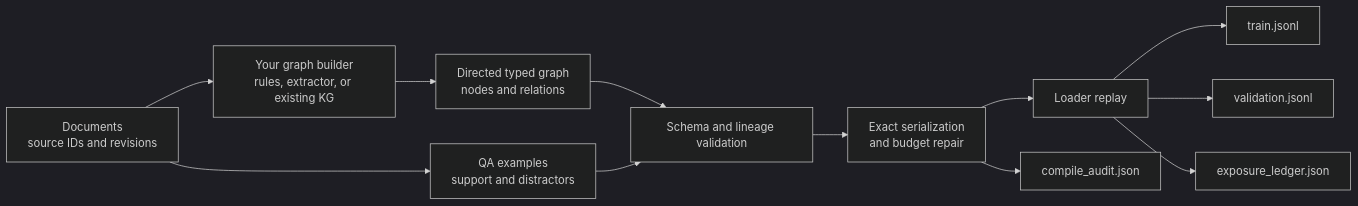
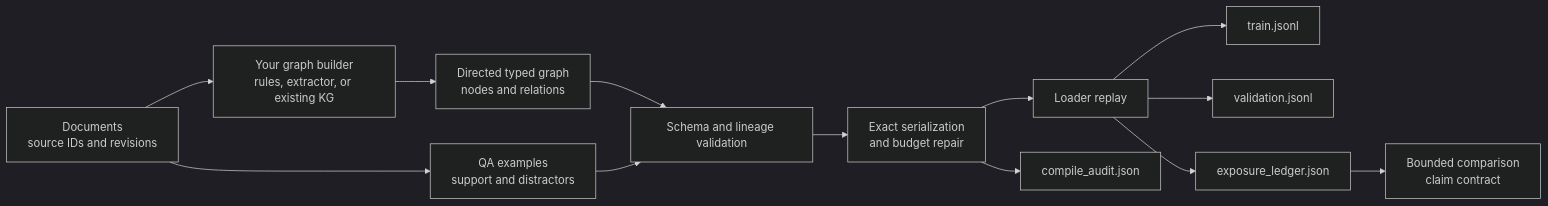
The diagram in README.md (BogdanRoshchupkin/contract-audit-artifact), drawn with Mermaid (dark theme) before and after one commit. The commit also changed other lines of this file and 12 other files, not shown here.

````diff
--- a/README.md
+++ b/README.md
@@ -57,14 +60,15 @@
 ```mermaid
 flowchart LR
     D["Documents<br/>source IDs and revisions"] --> X["Your graph builder<br/>rules, extractor, or existing KG"]
     X --> G["Directed typed graph<br/>nodes and relations"]
     D --> Q["QA examples<br/>support and distractors"]
     G --> V["Schema and lineage validation"]
     Q --> V
     V --> B["Exact serialization<br/>and budget repair"]
     B --> L["Loader replay"]
     L --> T["train.jsonl"]
     L --> W["validation.jsonl"]
     B --> A["compile_audit.json"]
     L --> E["exposure_ledger.json"]
+    E --> C["Bounded comparison<br/>claim contract"]
 ```
````
